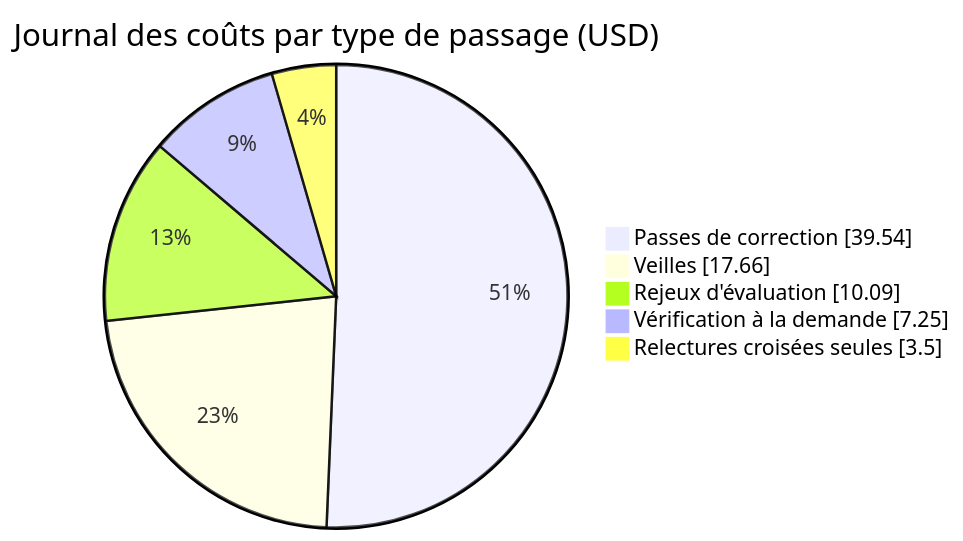
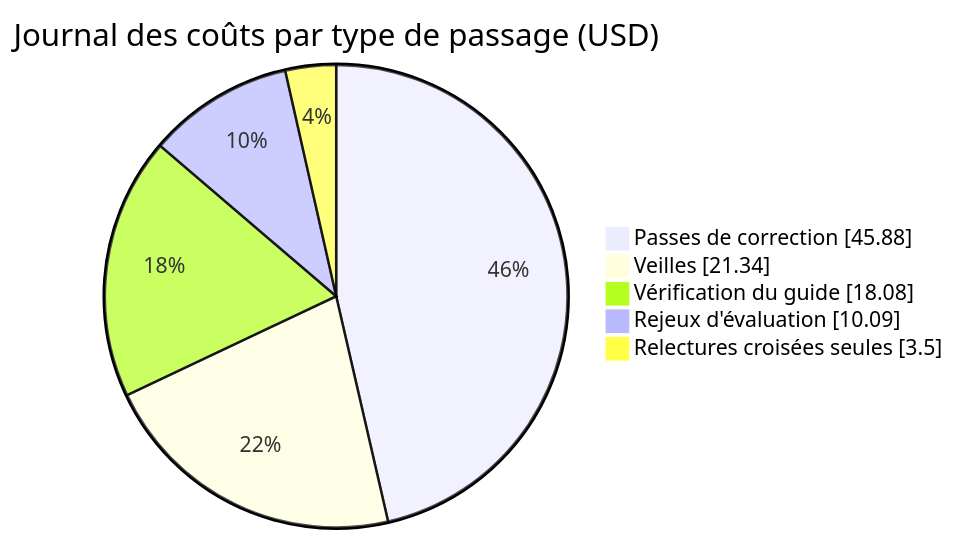
The fourth of 5 diagrams in docs/presentation.fr.md (DamienBecherini/vault-watch-agent), drawn with Mermaid before and after one commit. The commit also changed other lines of this file and 7 other files, not shown here.

````diff
--- a/docs/presentation.fr.md
+++ b/docs/presentation.fr.md
@@ -139,9 +140,9 @@
 ```mermaid
 pie showData
   title Journal des coûts par type de passage (USD)
-  "Passes de correction" : 39.54
-  "Veilles" : 17.66
+  "Passes de correction" : 45.88
+  "Veilles" : 21.34
+  "Vérification du guide" : 18.08
   "Rejeux d'évaluation" : 10.09
-  "Vérification à la demande" : 7.25
   "Relectures croisées seules" : 3.50
 ```
````
